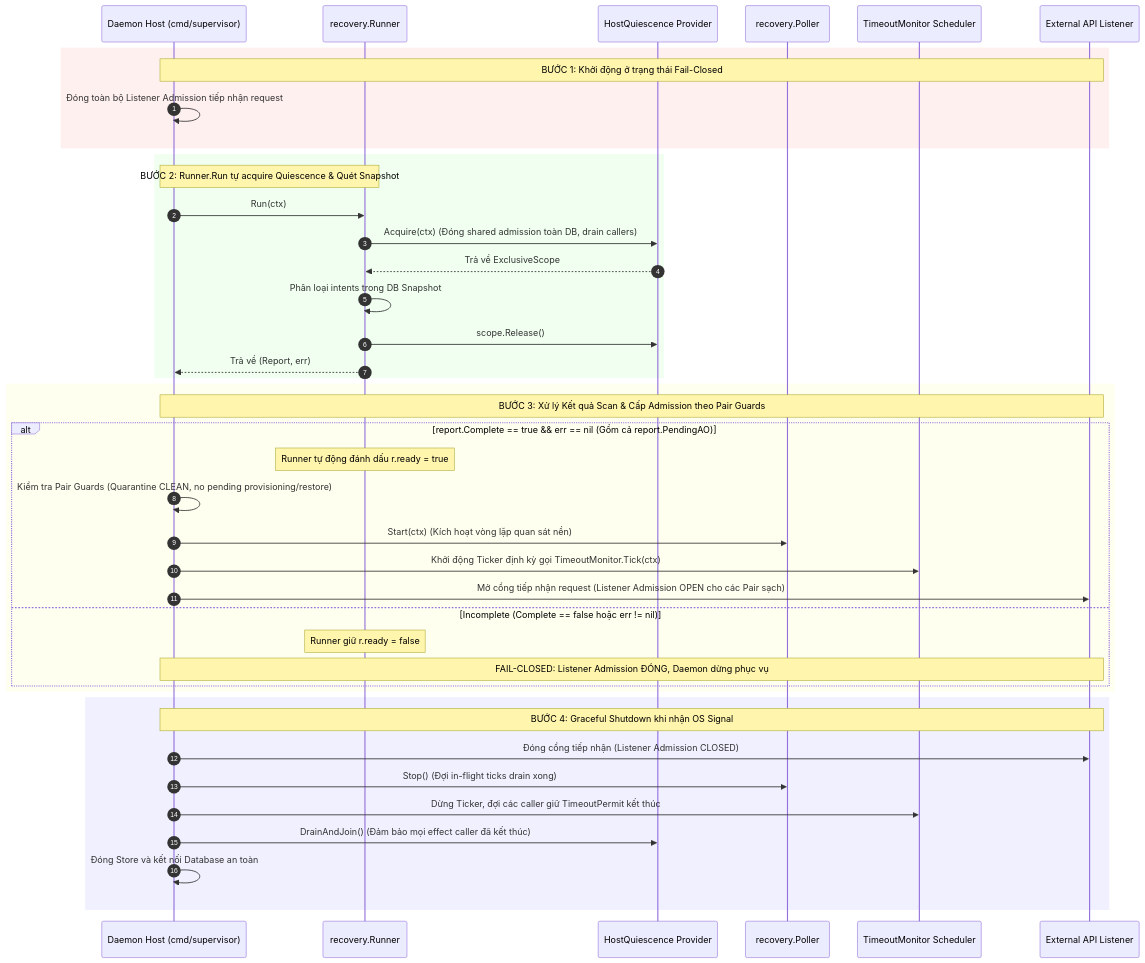
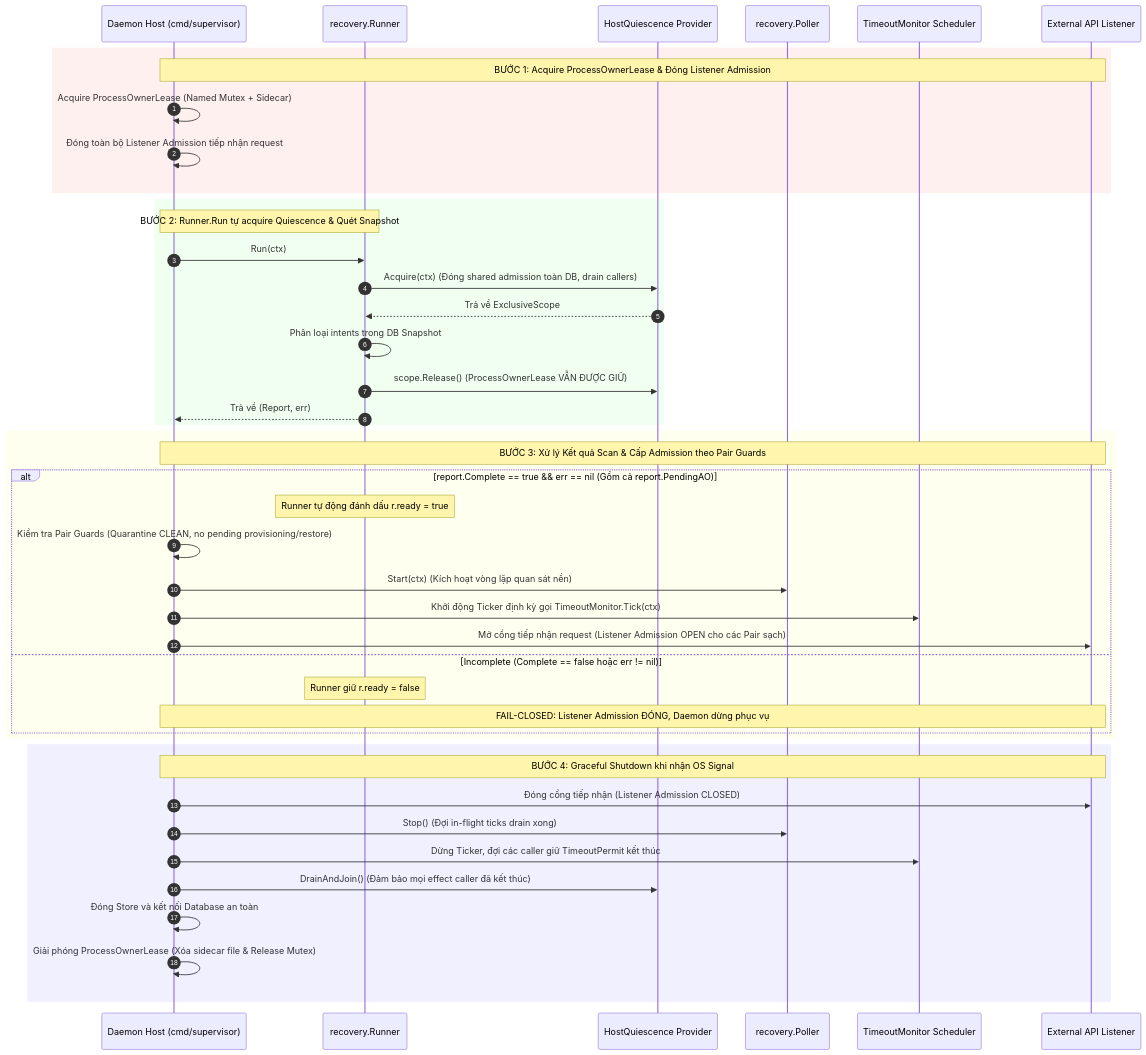
The diagram in docs/plans/PLAN-HOST-INTEGRATION-DEPENDENCY.md (trungqwe/ai-supervisor), drawn with Mermaid before and after one commit. The commit also changed other lines of this file and 5 other files, not shown here.

````diff
--- a/docs/plans/PLAN-HOST-INTEGRATION-DEPENDENCY.md
+++ b/docs/plans/PLAN-HOST-INTEGRATION-DEPENDENCY.md
@@ -94,48 +89,50 @@
 ```mermaid
 sequenceDiagram
     autonumber
     participant Host as Daemon Host (cmd/supervisor)
     participant Runner as recovery.Runner
     participant HQ as HostQuiescence Provider
     participant Poller as recovery.Poller
     participant TM as TimeoutMonitor Scheduler
     participant Listener as External API Listener
 
     rect rgb(255, 240, 240)
-    Note over Host,Listener: BƯỚC 1: Khởi động ở trạng thái Fail-Closed
+    Note over Host,Listener: BƯỚC 1: Acquire ProcessOwnerLease & Đóng Listener Admission
+    Host->>Host: Acquire ProcessOwnerLease (Named Mutex + Sidecar)
     Host->>Host: Đóng toàn bộ Listener Admission tiếp nhận request
     end
 
     rect rgb(240, 255, 240)
     Note over Host,Runner: BƯỚC 2: Runner.Run tự acquire Quiescence & Quét Snapshot
     Host->>Runner: Run(ctx)
     Runner->>HQ: Acquire(ctx) (Đóng shared admission toàn DB, drain callers)
     HQ-->>Runner: Trả về ExclusiveScope
     Runner->>Runner: Phân loại intents trong DB Snapshot
-    Runner->>HQ: scope.Release()
+    Runner->>HQ: scope.Release() (ProcessOwnerLease VẪN ĐƯỢC GIỮ)
     Runner-->>Host: Trả về (Report, err)
     end
 
     rect rgb(255, 255, 240)
     Note over Host,Listener: BƯỚC 3: Xử lý Kết quả Scan & Cấp Admission theo Pair Guards
     alt report.Complete == true && err == nil (Gồm cả report.PendingAO)
         Note over Runner: Runner tự động đánh dấu r.ready = true
         Host->>Host: Kiểm tra Pair Guards (Quarantine CLEAN, no pending provisioning/restore)
         Host->>Poller: Start(ctx) (Kích hoạt vòng lặp quan sát nền)
         Host->>TM: Khởi động Ticker định kỳ gọi TimeoutMonitor.Tick(ctx)
         Host->>Listener: Mở cổng tiếp nhận request (Listener Admission OPEN cho các Pair sạch)
     else Incomplete (Complete == false hoặc err != nil)
         Note over Runner: Runner giữ r.ready = false
         Note over Host,Listener: FAIL-CLOSED: Listener Admission ĐÓNG, Daemon dừng phục vụ
     end
     end
 
     rect rgb(240, 240, 255)
     Note over Host,Listener: BƯỚC 4: Graceful Shutdown khi nhận OS Signal
     Host->>Listener: Đóng cổng tiếp nhận (Listener Admission CLOSED)
     Host->>Poller: Stop() (Đợi in-flight ticks drain xong)
     Host->>TM: Dừng Ticker, đợi các caller giữ TimeoutPermit kết thúc
     Host->>HQ: DrainAndJoin() (Đảm bảo mọi effect caller đã kết thúc)
     Host->>Host: Đóng Store và kết nối Database an toàn
+    Host->>Host: Giải phóng ProcessOwnerLease (Xóa sidecar file & Release Mutex)
     end
 ```
````
